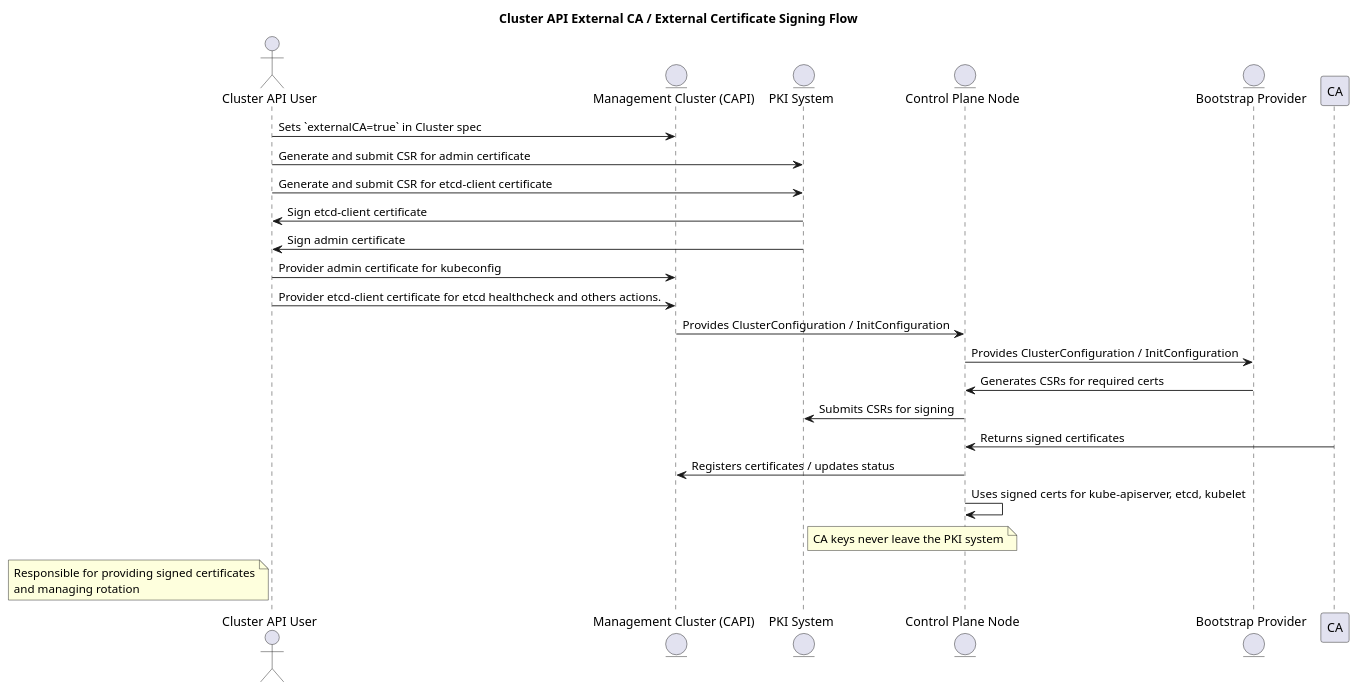
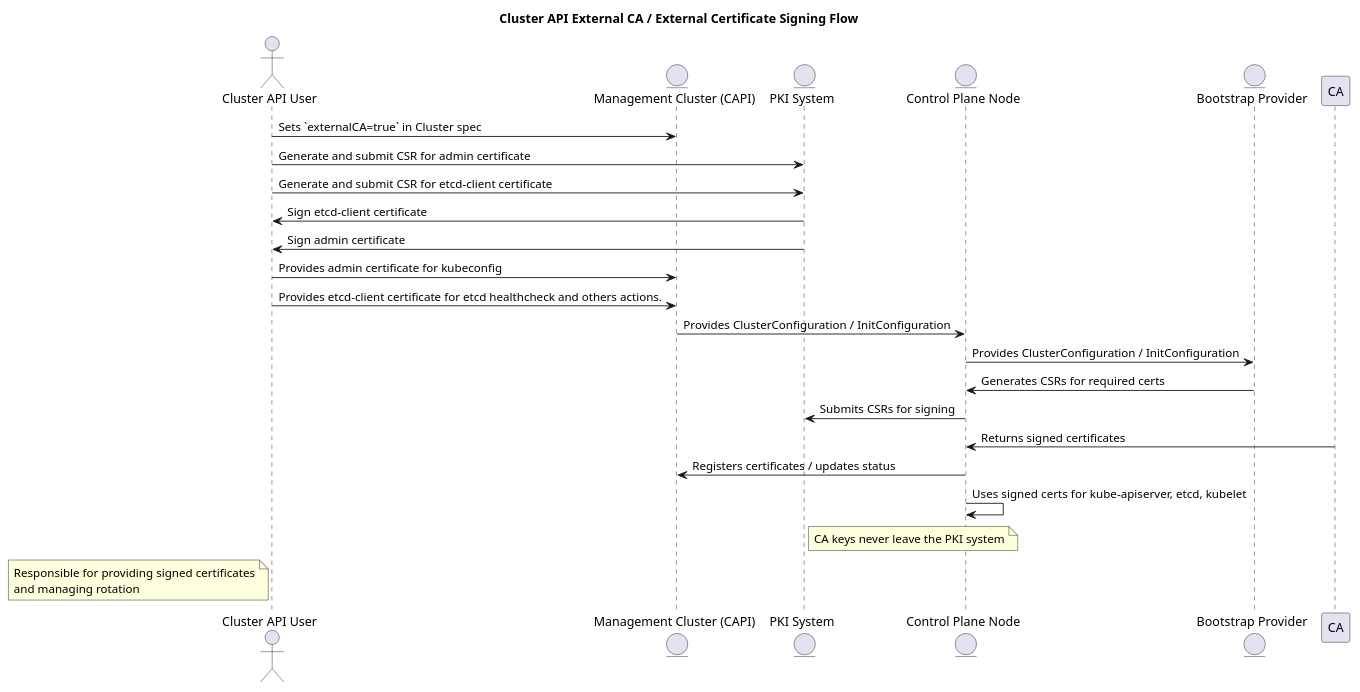
The diagram in docs/proposals/images/external-cert-sign/workflow.plantuml (kubernetes-sigs/cluster-api), drawn with PlantUML before and after one commit.

```diff
--- a/docs/proposals/images/external-cert-sign/workflow.plantuml
+++ b/docs/proposals/images/external-cert-sign/workflow.plantuml
@@ -1,37 +1,37 @@
 @startuml
 title Cluster API External CA / External Certificate Signing Flow
 
 actor "Cluster API User" as User
 entity "Management Cluster (CAPI)" as CAPI
 entity "PKI System" as PKI
 entity "Control Plane Node" as CP
 entity "Bootstrap Provider" as BP
 
 User -> CAPI : Sets `externalCA=true` in Cluster spec
 
 User -> PKI : Generate and submit CSR for admin certificate
 User-> PKI : Generate and submit CSR for etcd-client certificate
 PKI -> User : Sign etcd-client certificate
 PKI -> User : Sign admin certificate
 
-User -> CAPI : Provider admin certificate for kubeconfig
-User -> CAPI : Provider etcd-client certificate for etcd healthcheck and others actions.
+User -> CAPI : Provides admin certificate for kubeconfig
+User -> CAPI : Provides etcd-client certificate for etcd healthcheck and others actions.
 
 CAPI -> CP : Provides ClusterConfiguration / InitConfiguration
 CP -> BP : Provides ClusterConfiguration / InitConfiguration
 BP -> CP : Generates CSRs for required certs
 CP -> PKI : Submits CSRs for signing
 CA -> CP : Returns signed certificates
 CP -> CAPI : Registers certificates / updates status
 CP -> CP : Uses signed certs for kube-apiserver, etcd, kubelet
 
 note right of PKI
 CA keys never leave the PKI system
 end note
 
 note left of User
 Responsible for providing signed certificates
 and managing rotation
 end note
 
 @enduml
```
